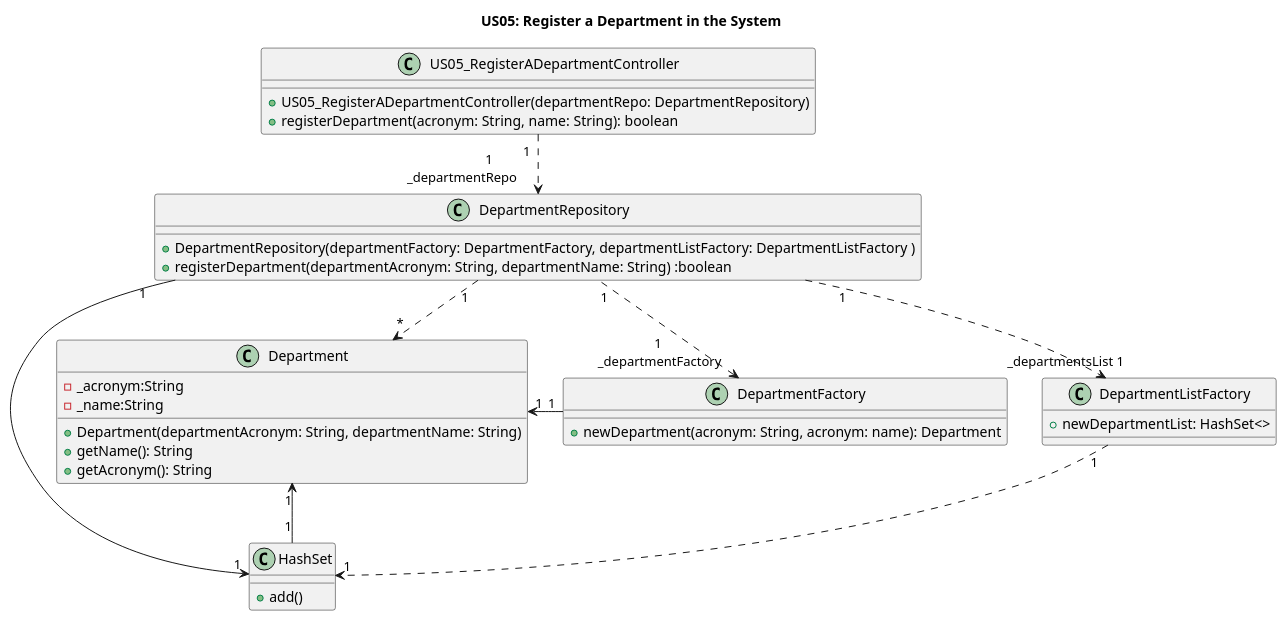
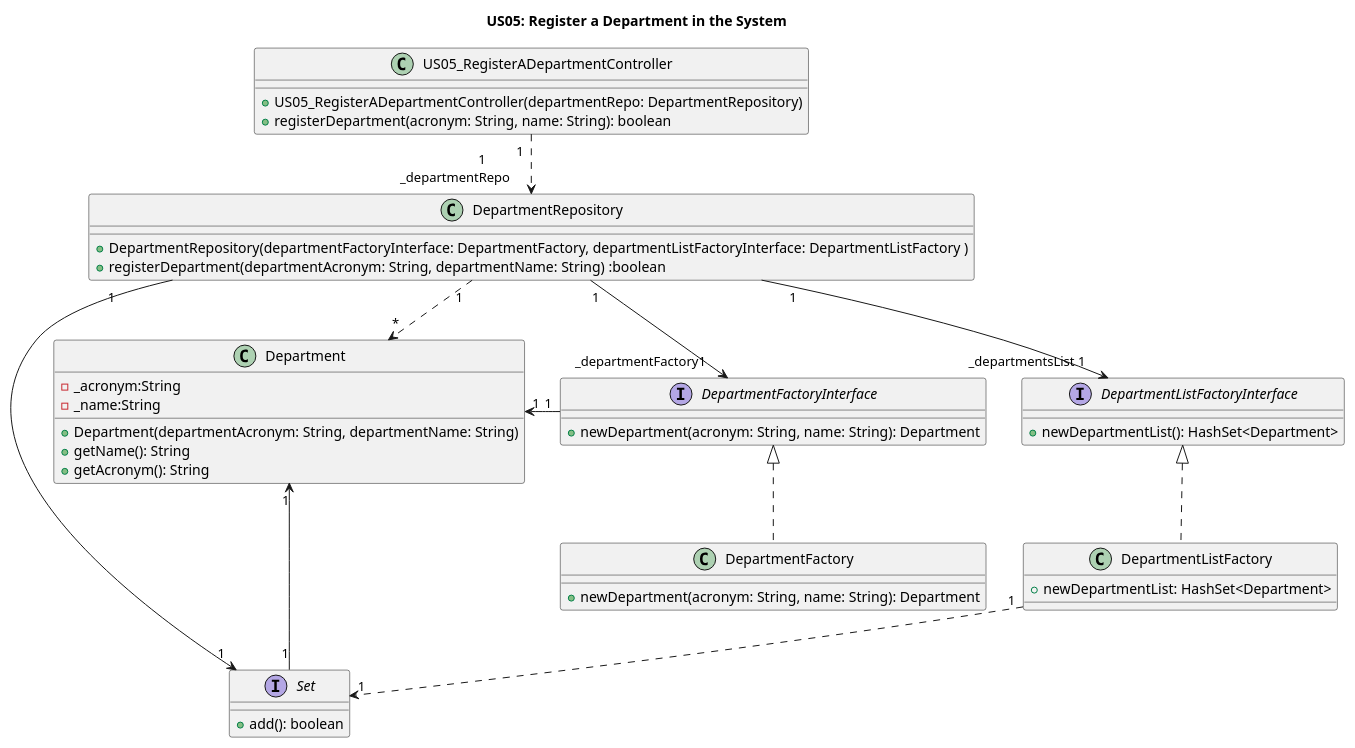
Before and after one commit to GasparISEP/DevOps-PAI: the diagram in docs/US05/US05_DepartmentRegistryClassDiagram.puml, drawn with PlantUML.

Commit message:
Refactor US05 class diagram: added interfaces, corrected associations and dependencies.

```diff
--- a/docs/US05/US05_DepartmentRegistryClassDiagram.puml
+++ b/docs/US05/US05_DepartmentRegistryClassDiagram.puml
@@ -1,43 +1,53 @@
 @startuml
 title US05: Register a Department in the System
 'left to right direction'
 
 class US05_RegisterADepartmentController {
     +US05_RegisterADepartmentController(departmentRepo: DepartmentRepository)
     +registerDepartment(acronym: String, name: String): boolean
 }
 
 class Department {
     -_acronym:String
     -_name:String
     +Department(departmentAcronym: String, departmentName: String)
     +getName(): String
     +getAcronym(): String
 }
 
 class DepartmentRepository {
-    +DepartmentRepository(departmentFactory: DepartmentFactory, departmentListFactory: DepartmentListFactory )
+    +DepartmentRepository(departmentFactoryInterface: DepartmentFactory, departmentListFactoryInterface: DepartmentListFactory )
     +registerDepartment(departmentAcronym: String, departmentName: String) :boolean
 }
 
 class DepartmentFactory {
-    +newDepartment(acronym: String, acronym: name): Department
+    +newDepartment(acronym: String, name: String): Department
+}
+
+interface DepartmentFactoryInterface {
+    +newDepartment(acronym: String, name: String): Department
 }
 
 class DepartmentListFactory {
-    +newDepartmentList: HashSet<>
+    +newDepartmentList: HashSet<Department>
 }
 
-class HashSet {
-    +add()
+interface DepartmentListFactoryInterface {
+    + newDepartmentList(): HashSet<Department>
+}
+
+interface Set {
+    +add(): boolean
 }
 
 DepartmentRepository "1" ..> "*" Department
-DepartmentRepository "1" -> "1" HashSet
-Department "1" <- "1" HashSet
-DepartmentRepository "1" ..> "_departmentsList 1" DepartmentListFactory
-DepartmentListFactory "1" ..> "1" HashSet
+DepartmentRepository "1" -> "1" Set
+Department "1" <- "1" Set
+DepartmentRepository "1" --> "_departmentsList 1" DepartmentListFactoryInterface
+DepartmentListFactoryInterface  <|..  DepartmentListFactory
+DepartmentFactoryInterface  <|..  DepartmentFactory
+DepartmentListFactory "1" ..> "1" Set
 US05_RegisterADepartmentController "1  " ..> "            1\n_departmentRepo    " DepartmentRepository
-Department "1" <- "1" DepartmentFactory
-DepartmentFactory "1\n _departmentFactory" <.. "1" DepartmentRepository
+Department "1" <- "1" DepartmentFactoryInterface
+DepartmentFactoryInterface "_departmentFactory1" <-- "1"  DepartmentRepository
 @enduml
```
